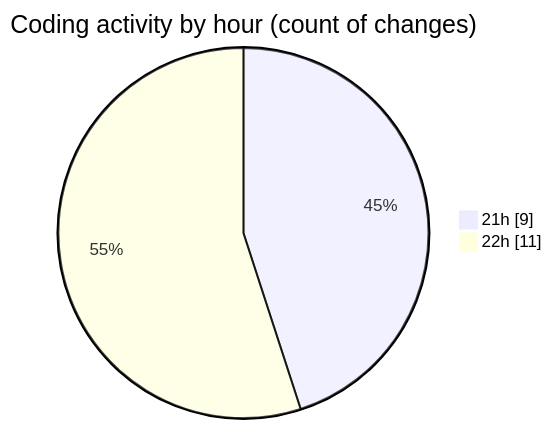
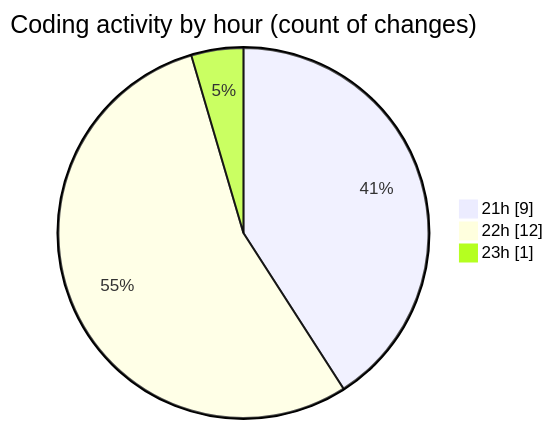
One commit to idhammustaqopulfikri/code-tracking changed the second of 2 diagrams in 2025-03-29/autodidak/README.md. Above: the diagram before and after it, drawn with Mermaid. The commit also changed other lines of this file and 1 other file, not shown here.

````diff
--- a/2025-03-29/autodidak/README.md
+++ b/2025-03-29/autodidak/README.md
@@ -34,6 +34,7 @@
 ```mermaid
 pie showData
 title Coding activity by hour (count of changes)
 "21h" : 9
-"22h" : 11
+"22h" : 12
+"23h" : 1
 ```
````
